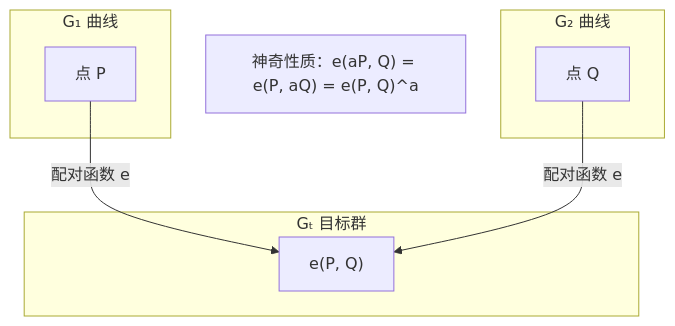
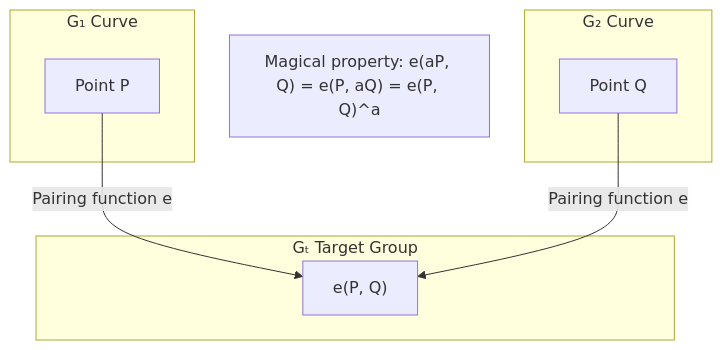
Before and after one commit to stars-labs/cryptograph-onboarding-trainning: the first of 3 diagrams in docs/cryptography/bls.mdx, drawn with Mermaid. The commit also changed other lines of this file and 15 other files, not shown here.

````diff
--- a/docs/cryptography/bls.mdx
+++ b/docs/cryptography/bls.mdx
@@ -102,19 +102,19 @@
 ```mermaid
 flowchart TD
-    subgraph G1["G₁ 曲线"]
-        P["点 P"]
+    subgraph G1["G₁ Curve"]
+        P["Point P"]
     end
     
-    subgraph G2["G₂ 曲线"]
-        Q["点 Q"]
+    subgraph G2["G₂ Curve"]
+        Q["Point Q"]
     end
     
-    subgraph GT["Gₜ 目标群"]
+    subgraph GT["Gₜ Target Group"]
         EPQ["e(P, Q)"]
     end
     
-    P --> |"配对函数 e"| EPQ
-    Q --> |"配对函数 e"| EPQ
+    P --> |"Pairing function e"| EPQ
+    Q --> |"Pairing function e"| EPQ
     
-NOTE["神奇性质：e(aP, Q) = e(P, aQ) = e(P, Q)^a"]
+    NOTE["Magical property: e(aP, Q) = e(P, aQ) = e(P, Q)^a"]
 ```
````
